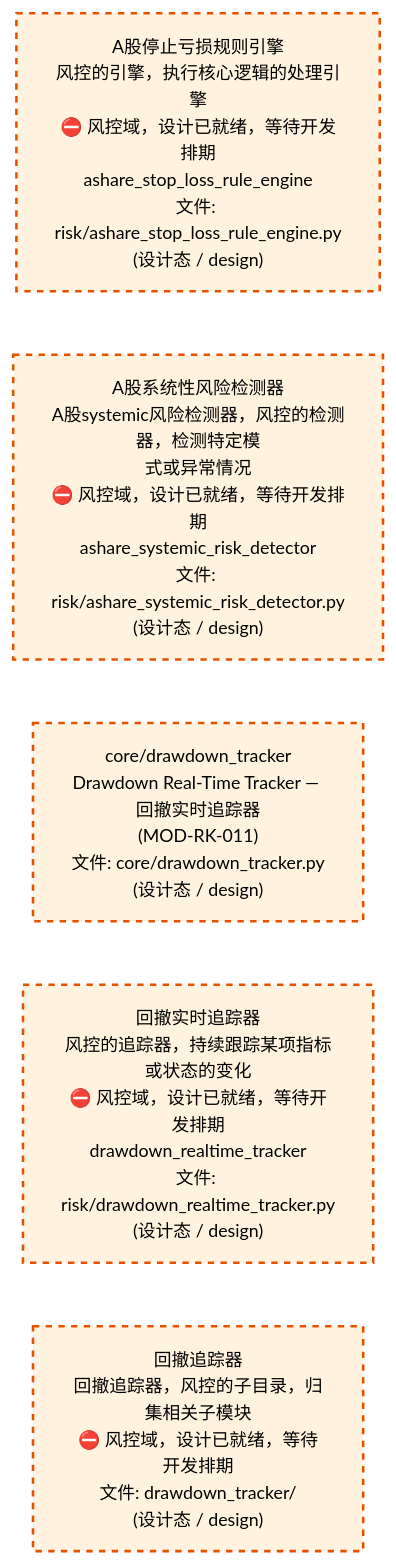
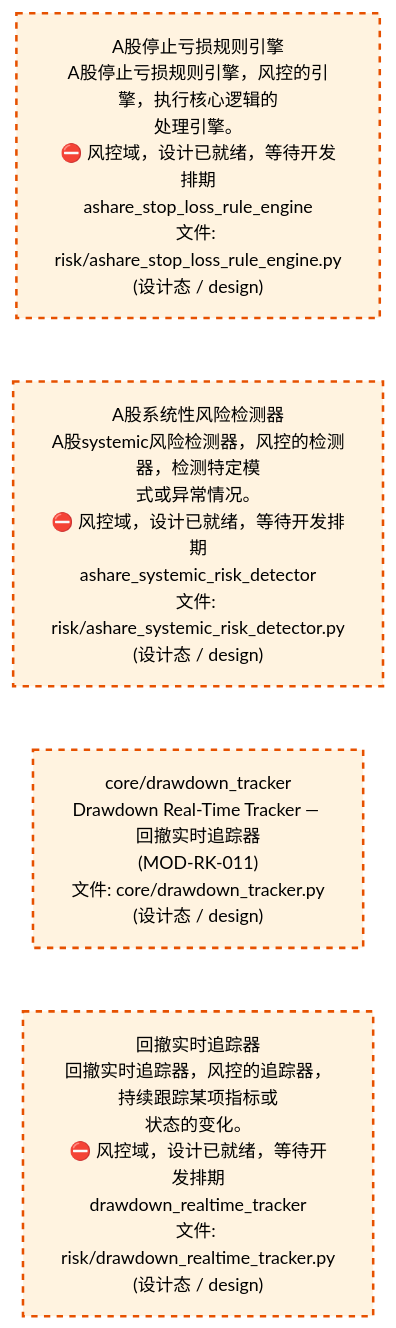
One commit to xuanFelixVan/ZephyrAlpha changed the third of 4 diagrams in docs/02_enterprise_architecture/02_domain_architecture_docs/65_d_risk.md. Above: the diagram before and after it, drawn with Mermaid. The commit also changed other lines of this file and 58 other files, not shown here.

````diff
--- a/docs/02_enterprise_architecture/02_domain_architecture_docs/65_d_risk.md
+++ b/docs/02_enterprise_architecture/02_domain_architecture_docs/65_d_risk.md
@@ -183,18 +199,16 @@
 ```mermaid
 %%{init: {'theme': 'base', 'themeVariables': {'primaryColor': '#eaeaea', 'primaryTextColor': '#333333', 'primaryBorderColor': '#666666', 'lineColor': '#666666', 'secondaryColor': '#eaeaea', 'tertiaryColor': '#eaeaea', 'fontSize': '14px'}}}%%
 flowchart TD
-    src_zephyr_risk_ashare_stop_loss_rule_engine_py["A股停止亏损规则引擎<br/>风控的引擎，执行核心逻辑的处理引擎<br/>⛔ 风控域，设计已就绪，等待开发排期<br/>ashare_stop_loss_rule_engine<br/>文件: risk/ashare_stop_loss_rule_engine.py<br/>(设计态 / design)"]
-    src_zephyr_risk_ashare_systemic_risk_detector_py["A股系统性风险检测器<br/>A股systemic风险检测器，风控的检测器，检测特定模<br/>式或异常情况<br/>⛔ 风控域，设计已就绪，等待开发排期<br/>ashare_systemic_risk_detector<br/>文件: risk/ashare_systemic_risk_detector.py<br/>(设计态 / design)"]
+    src_zephyr_risk_ashare_stop_loss_rule_engine_py["A股停止亏损规则引擎<br/>A股停止亏损规则引擎，风控的引擎，执行核心逻辑的<br/>处理引擎。<br/>⛔ 风控域，设计已就绪，等待开发排期<br/>ashare_stop_loss_rule_engine<br/>文件: risk/ashare_stop_loss_rule_engine.py<br/>(设计态 / design)"]
+    src_zephyr_risk_ashare_systemic_risk_detector_py["A股系统性风险检测器<br/>A股systemic风险检测器，风控的检测器，检测特定模<br/>式或异常情况。<br/>⛔ 风控域，设计已就绪，等待开发排期<br/>ashare_systemic_risk_detector<br/>文件: risk/ashare_systemic_risk_detector.py<br/>(设计态 / design)"]
     src_zephyr_risk_core_drawdown_tracker_py["core/drawdown_tracker<br/>Drawdown Real-Time Tracker — 回撤实时追踪器<br/>(MOD-RK-011)<br/>文件: core/drawdown_tracker.py<br/>(设计态 / design)"]
-    src_zephyr_risk_drawdown_realtime_tracker_py["回撤实时追踪器<br/>风控的追踪器，持续跟踪某项指标或状态的变化<br/>⛔ 风控域，设计已就绪，等待开发排期<br/>drawdown_realtime_tracker<br/>文件: risk/drawdown_realtime_tracker.py<br/>(设计态 / design)"]
-    src_zephyr_risk_drawdown_tracker["回撤追踪器<br/>回撤追踪器，风控的子目录，归集相关子模块<br/>⛔ 风控域，设计已就绪，等待开发排期<br/>文件: drawdown_tracker/<br/>(设计态 / design)"]
+    src_zephyr_risk_drawdown_realtime_tracker_py["回撤实时追踪器<br/>回撤实时追踪器，风控的追踪器，持续跟踪某项指标或<br/>状态的变化。<br/>⛔ 风控域，设计已就绪，等待开发排期<br/>drawdown_realtime_tracker<br/>文件: risk/drawdown_realtime_tracker.py<br/>(设计态 / design)"]
     src_zephyr_risk_ashare_stop_loss_rule_engine_py ~~~ src_zephyr_risk_ashare_systemic_risk_detector_py
     src_zephyr_risk_ashare_systemic_risk_detector_py ~~~ src_zephyr_risk_core_drawdown_tracker_py
     src_zephyr_risk_core_drawdown_tracker_py ~~~ src_zephyr_risk_drawdown_realtime_tracker_py
-    src_zephyr_risk_drawdown_realtime_tracker_py ~~~ src_zephyr_risk_drawdown_tracker
     classDef production fill:#e1f5fe,stroke:#01579b,stroke-width:2px,color:#000
     classDef design fill:#fff3e0,stroke:#e65100,stroke-width:2px,color:#000,stroke-dasharray: 5 5
     classDef external_prod fill:#e8f4fd,stroke:#0277bd,stroke-width:1px,color:#000
     classDef external_design fill:#fff8e7,stroke:#ef6c00,stroke-width:1px,color:#000,stroke-dasharray: 5 5
-    class src_zephyr_risk_ashare_stop_loss_rule_engine_py,src_zephyr_risk_ashare_systemic_risk_detector_py,src_zephyr_risk_core_drawdown_tracker_py,src_zephyr_risk_drawdown_realtime_tracker_py,src_zephyr_risk_drawdown_tracker design
+    class src_zephyr_risk_ashare_stop_loss_rule_engine_py,src_zephyr_risk_ashare_systemic_risk_detector_py,src_zephyr_risk_core_drawdown_tracker_py,src_zephyr_risk_drawdown_realtime_tracker_py design
 ```
````
